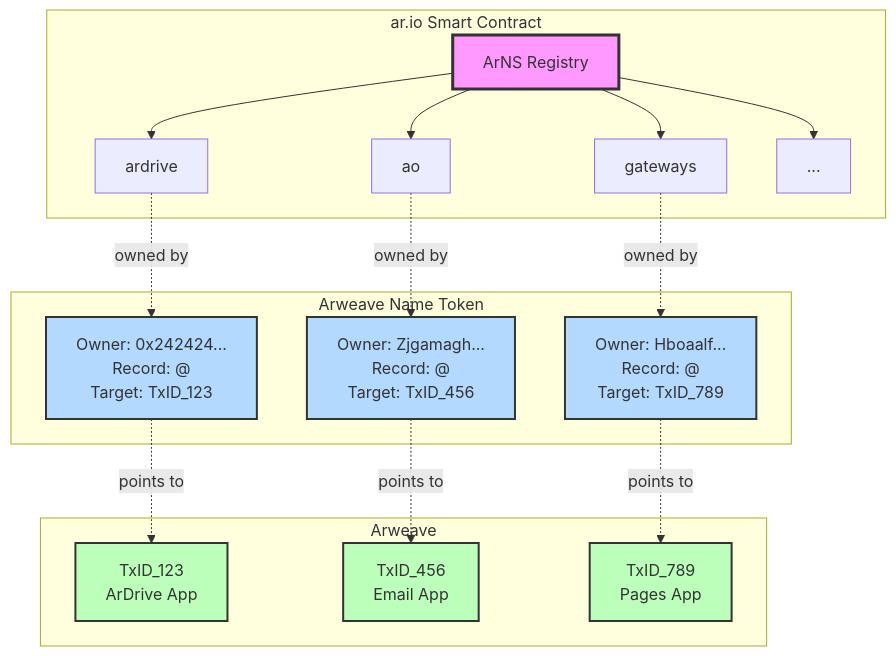
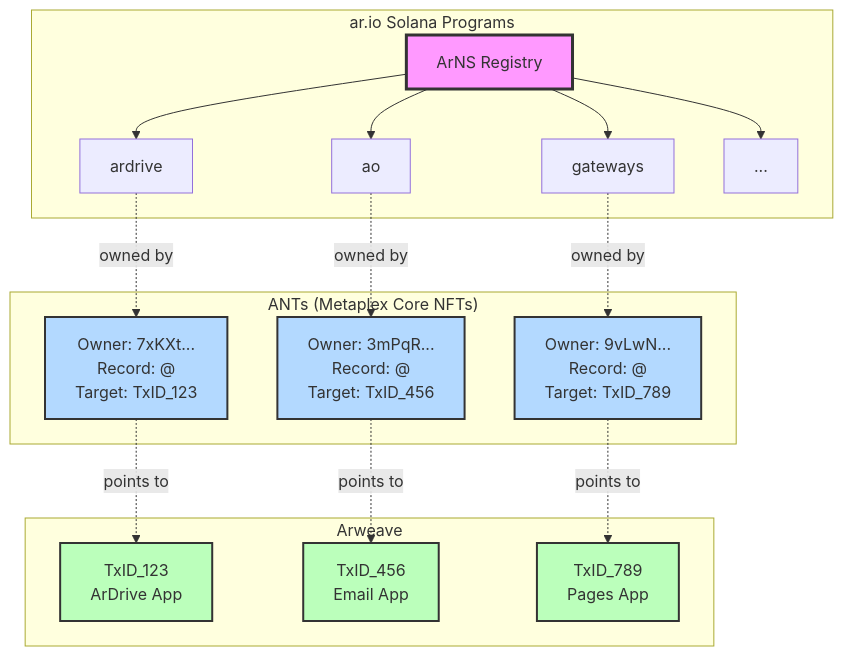
One commit to ar-io/docs changed the first of 2 diagrams in content/learn/arns/index.mdx. Above: the diagram before and after it, drawn with Mermaid. The commit also changed other lines of this file and 62 other files, not shown here.

````diff
--- a/content/learn/arns/index.mdx
+++ b/content/learn/arns/index.mdx
@@ -23,30 +23,30 @@
 ```mermaid
 graph TB
-    subgraph "ar.io Smart Contract"
+    subgraph "ar.io Solana Programs"
         Registry[ArNS Registry]
         Registry --> Name1[ardrive]
         Registry --> Name2[ao]
         Registry --> Name3[gateways]
         Registry --> NameN[...]
     end
 
-    subgraph "Arweave Name Token"
-        Name1 -.->|owned by| ANT1[Owner: 0x242424...<br/>Record: @<br/>Target: TxID_123]
-        Name2 -.->|owned by| ANT2[Owner: Zjgamagh...<br/>Record: @<br/>Target: TxID_456]
-        Name3 -.->|owned by| ANT3[Owner: Hboaalf...<br/>Record: @<br/>Target: TxID_789]
+    subgraph "ANTs (Metaplex Core NFTs)"
+        Name1 -.->|owned by| ANT1[Owner: 7xKXt...<br/>Record: @<br/>Target: TxID_123]
+        Name2 -.->|owned by| ANT2[Owner: 3mPqR...<br/>Record: @<br/>Target: TxID_456]
+        Name3 -.->|owned by| ANT3[Owner: 9vLwN...<br/>Record: @<br/>Target: TxID_789]
     end
 
     subgraph "Arweave"
         ANT1 -.->|points to| TX1[TxID_123<br/>ArDrive App]
         ANT2 -.->|points to| TX2[TxID_456<br/>Email App]
         ANT3 -.->|points to| TX3[TxID_789<br/>Pages App]
     end
 
     style Registry fill:#f9f,stroke:#333,stroke-width:3px,color:#333
     style ANT1 fill:#b3d9ff,stroke:#333,stroke-width:2px,color:#333
     style ANT2 fill:#b3d9ff,stroke:#333,stroke-width:2px
     style ANT3 fill:#b3d9ff,stroke:#333,stroke-width:2px
     style TX1 fill:#bfb,stroke:#333,stroke-width:2px,color:#333
     style TX2 fill:#bfb,stroke:#333,stroke-width:2px,color:#333
     style TX3 fill:#bfb,stroke:#333,stroke-width:2px,color:#333
 ```
````
